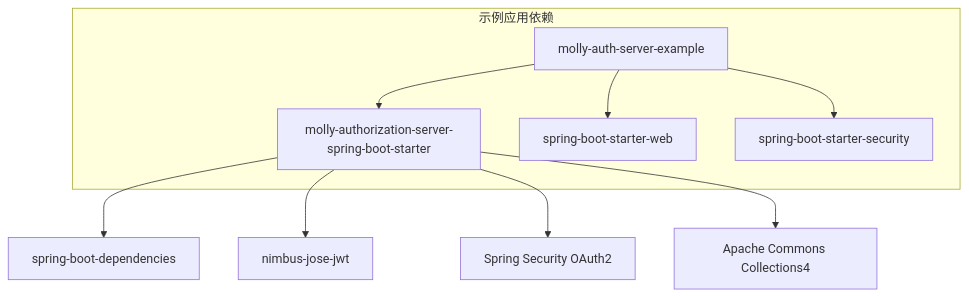
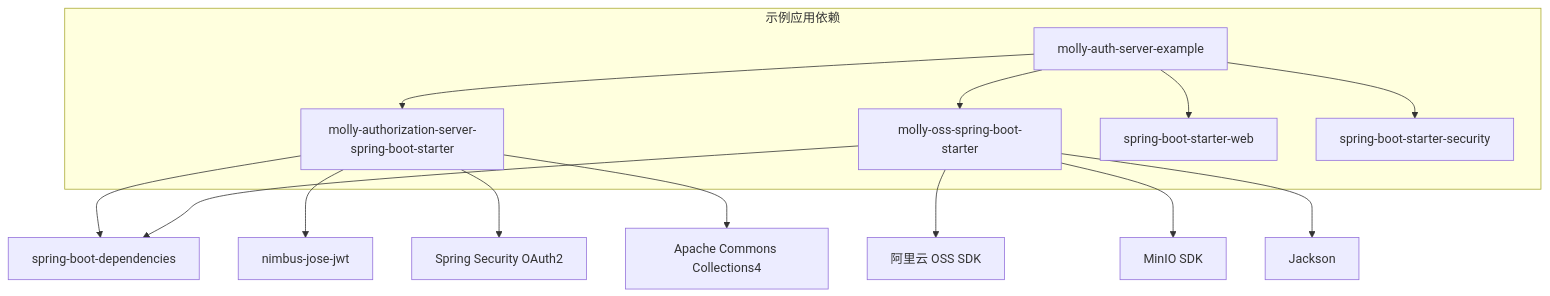
Before and after one commit to hutengqi/molly: diagram 11 of 13 in .qoder/repowiki/zh/content/扩展点和自定义.md, drawn with Mermaid. The commit also changed other lines of this file and 3 other files, not shown here.

````diff
--- a/.qoder/repowiki/zh/content/扩展点和自定义.md
+++ b/.qoder/repowiki/zh/content/扩展点和自定义.md
@@ -302,16 +482,22 @@
 ```mermaid
 graph TB
 subgraph "示例应用依赖"
 ExampleApp[molly-auth-server-example]
-StarterDep[molly-authorization-server-spring-boot-starter]
+AuthStarterDep[molly-authorization-server-spring-boot-starter]
+OssStarterDep[molly-oss-spring-boot-starter]
 SpringWeb[spring-boot-starter-web]
 SpringSecurity[spring-boot-starter-security]
 end
-ExampleApp --> StarterDep
+ExampleApp --> AuthStarterDep
+ExampleApp --> OssStarterDep
 ExampleApp --> SpringWeb
 ExampleApp --> SpringSecurity
-StarterDep --> SpringBoot[spring-boot-dependencies]
-StarterDep --> Nimbus[nimbus-jose-jwt]
-StarterDep --> SpringSecurityOAuth2[Spring Security OAuth2]
-StarterDep --> CommonsCollections[Apache Commons Collections4]
+AuthStarterDep --> SpringBoot[spring-boot-dependencies]
+AuthStarterDep --> Nimbus[nimbus-jose-jwt]
+AuthStarterDep --> SpringSecurityOAuth2[Spring Security OAuth2]
+AuthStarterDep --> CommonsCollections[Apache Commons Collections4]
+OssStarterDep --> SpringBoot
+OssStarterDep --> AliyunOSS[阿里云 OSS SDK]
+OssStarterDep --> Minio[MinIO SDK]
+OssStarterDep --> Jackson[Jackson]
 ```
````
